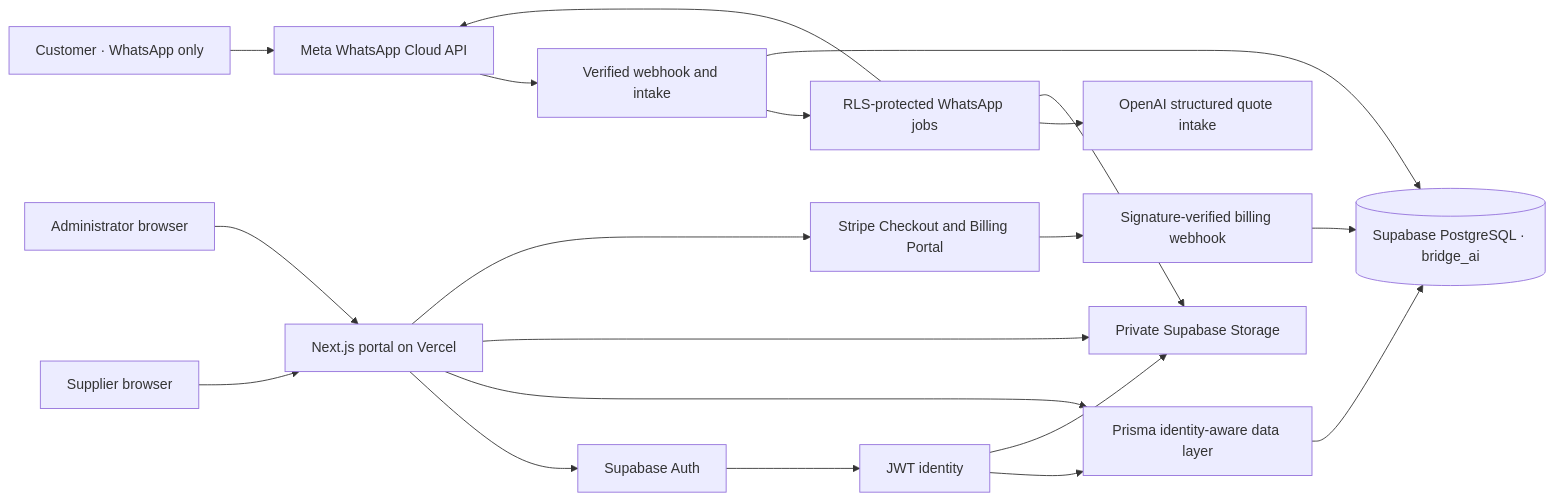
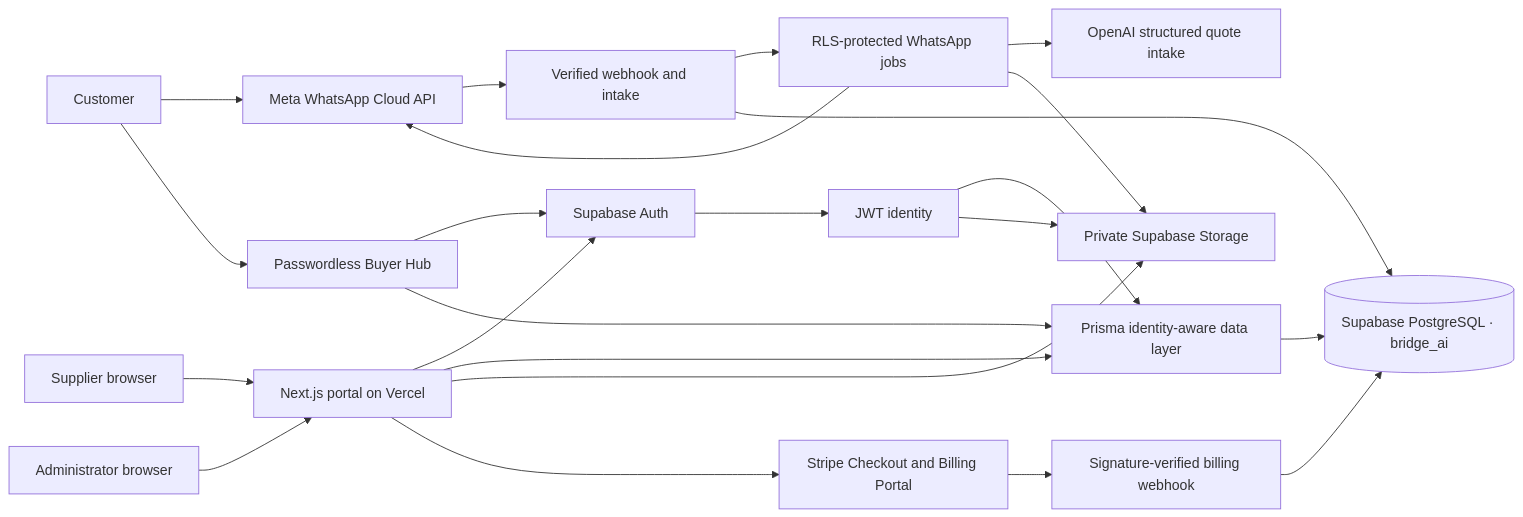
One commit to Beadyeye42/BridgeAi- changed the diagram in docs/ARCHITECTURE.md. Above: the diagram before and after it, drawn with Mermaid. The commit also changed other lines of this file and 23 other files, not shown here.

````diff
--- a/docs/ARCHITECTURE.md
+++ b/docs/ARCHITECTURE.md
@@ -5,22 +5,25 @@
 ```mermaid
 flowchart LR
-  Customer["Customer · WhatsApp only"] --> Meta["Meta WhatsApp Cloud API"]
+  Customer["Customer"] --> Meta["Meta WhatsApp Cloud API"]
+  Customer --> BuyerHub["Passwordless Buyer Hub"]
+  BuyerHub --> Auth
+  BuyerHub --> DAL
   Meta --> Intake["Verified webhook and intake"]
   Intake --> Queue["RLS-protected WhatsApp jobs"]
   Queue --> AI["OpenAI structured quote intake"]
   Queue --> Meta
   Queue --> Storage["Private Supabase Storage"]
   Supplier["Supplier browser"] --> Portal["Next.js portal on Vercel"]
   Admin["Administrator browser"] --> Portal
   Portal --> Auth["Supabase Auth"]
   Portal --> DAL["Prisma identity-aware data layer"]
   DAL --> DB[("Supabase PostgreSQL · bridge_ai")]
   Intake --> DB
   Portal --> Storage["Private Supabase Storage"]
   Portal --> Stripe["Stripe Checkout and Billing Portal"]
   Stripe --> BillingHook["Signature-verified billing webhook"]
   BillingHook --> DB
   Auth --> Policies["JWT identity"]
   Policies --> DAL
   Policies --> Storage
 ```
````
